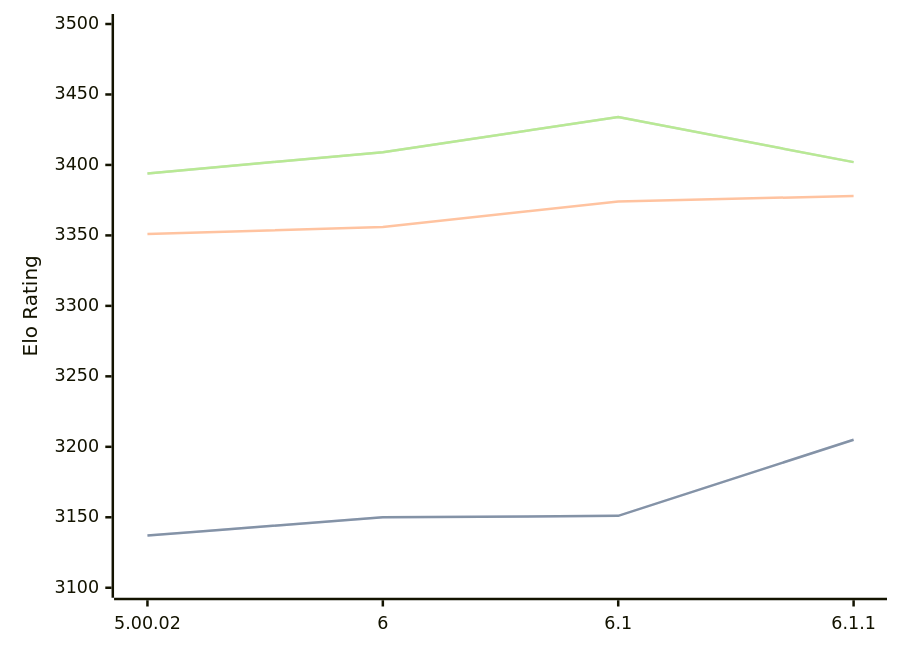
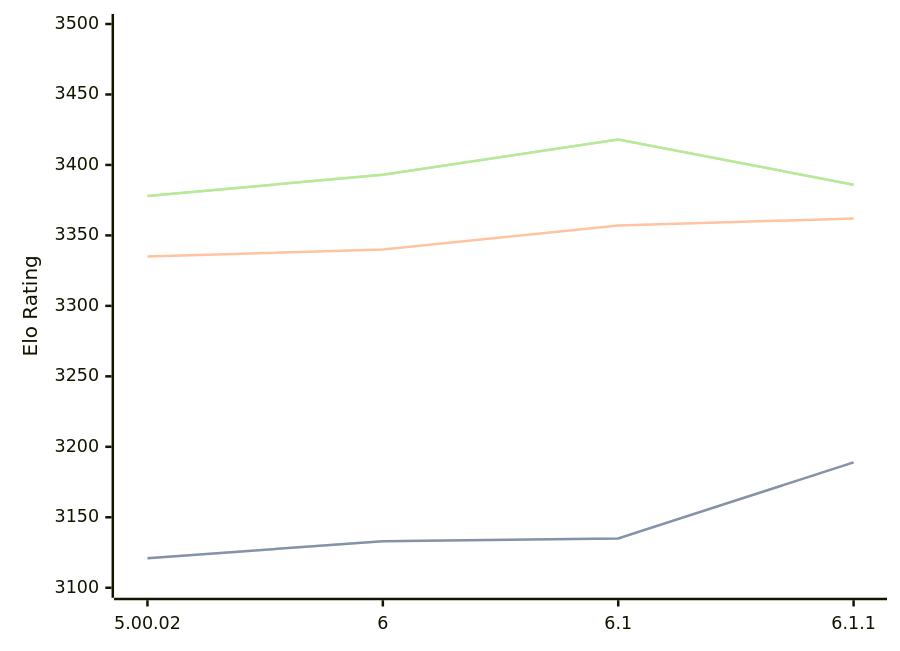
Before and after one commit to computer-chess-index/cci: the diagram in engines/Zangdar.md, drawn with Mermaid. The commit also changed other lines of this file, not shown here.

Commit message:
Update CCI Ratings (ELO VLTC) - 2026-05-20

````diff
--- a/engines/Zangdar.md
+++ b/engines/Zangdar.md
@@ -46,11 +46,11 @@
 ```mermaid
 %%{init: {"theme":"base","themeVariables":{"seriesColors:['#a3a3a3','#222221','#faa371']}}}%%
 xychart-beta
   x-axis ["5.00.02", "6", "6.1", "6.1.1"]
   y-axis "Elo Rating" 3100 --> 3500
-  line "STC (8.0+0.08s)" [3137, 3150, 3151, 3205]
-  line "STC (8.0+0.08s)" [3137, 3150, 3151, 3205]
-  line "LTC (60.0+0.60s)" [3351, 3356, 3374, 3378]
-  line "VLTC (2m24s+1.12s)" [3394, 3409, 3434, 3402]
-  line "VLTC (2m24s+1.12s)" [3394, 3409, 3434, 3402]
+  line "STC (8.0+0.08s)" [3121, 3133, 3135, 3189]
+  line "STC (8.0+0.08s)" [3121, 3133, 3135, 3189]
+  line "LTC (60.0+0.60s)" [3335, 3340, 3357, 3362]
+  line "VLTC (2m24s+1.12s)" [3378, 3393, 3418, 3386]
+  line "VLTC (2m24s+1.12s)" [3378, 3393, 3418, 3386]
 ```
````
